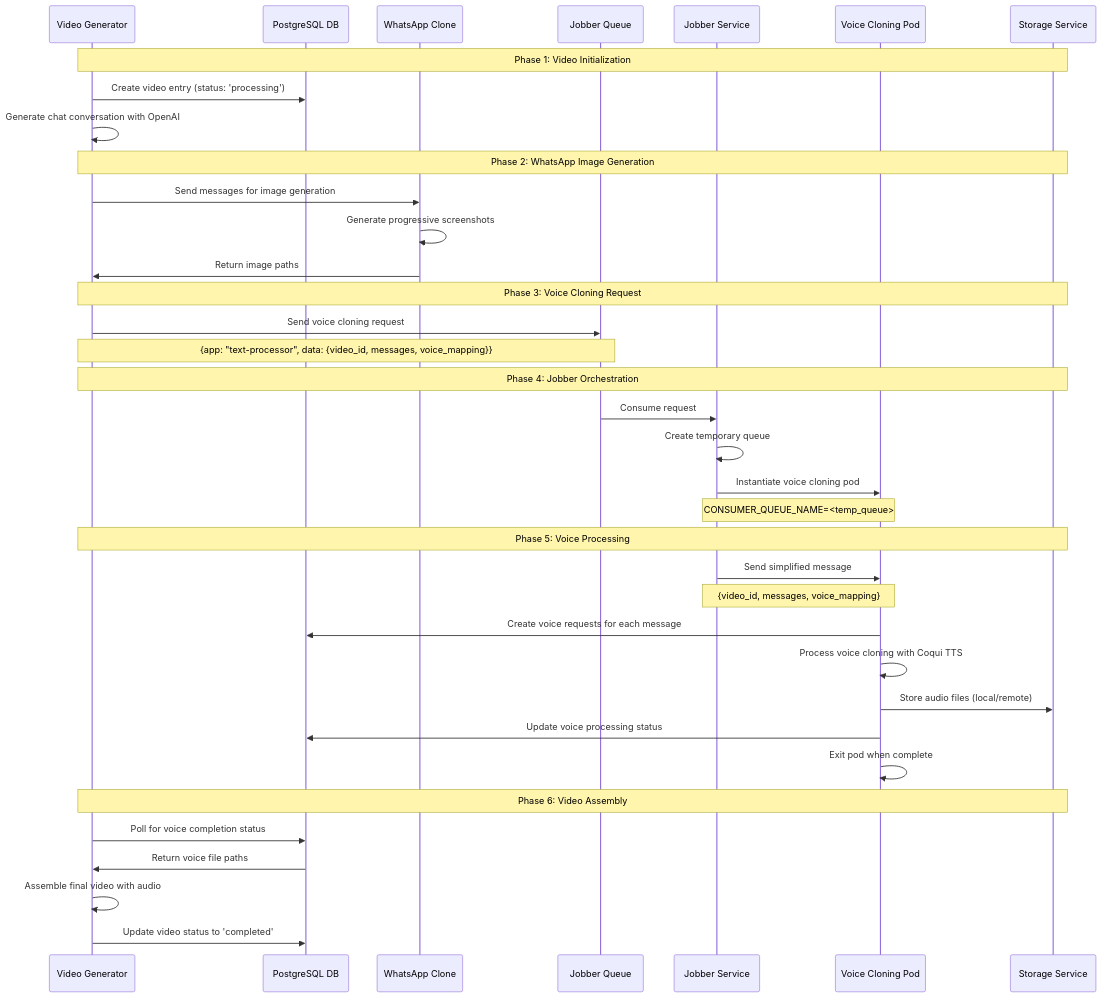
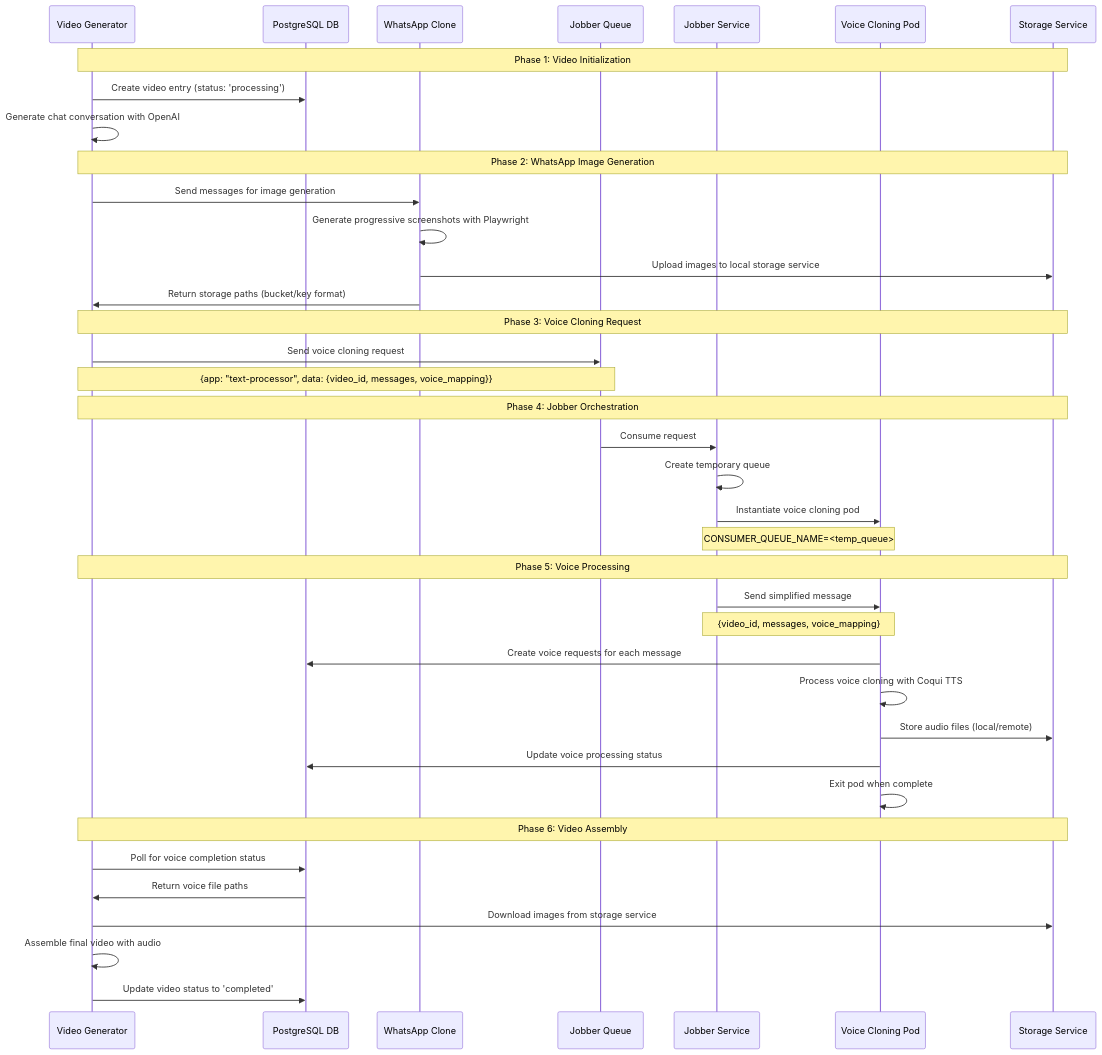
The third of 6 diagrams in README.md (ragnarcb/makeMoney), drawn with Mermaid before and after one commit. The commit also changed other lines of this file and 4 other files, not shown here.

First line of the commit message:
Enhance README documentation and integrate local storage service

````diff
--- a/README.md
+++ b/README.md
@@ -67,44 +167,46 @@
 ```mermaid
 sequenceDiagram
     participant VG as Video Generator
     participant DB as PostgreSQL DB
     participant WG as WhatsApp Clone
     participant JQ as Jobber Queue
     participant JB as Jobber Service
     participant VC as Voice Cloning Pod
     participant ST as Storage Service
 
     Note over VG,ST: Phase 1: Video Initialization
     VG->>DB: Create video entry (status: 'processing')
     VG->>VG: Generate chat conversation with OpenAI
     
     Note over VG,ST: Phase 2: WhatsApp Image Generation
     VG->>WG: Send messages for image generation
-    WG->>WG: Generate progressive screenshots
-    WG->>VG: Return image paths
+    WG->>WG: Generate progressive screenshots with Playwright
+    WG->>ST: Upload images to local storage service
+    WG->>VG: Return storage paths (bucket/key format)
     
     Note over VG,ST: Phase 3: Voice Cloning Request
     VG->>JQ: Send voice cloning request
     Note over VG,JQ: {app: "text-processor", data: {video_id, messages, voice_mapping}}
     
     Note over VG,ST: Phase 4: Jobber Orchestration
     JQ->>JB: Consume request
     JB->>JB: Create temporary queue
     JB->>VC: Instantiate voice cloning pod
     Note over JB,VC: CONSUMER_QUEUE_NAME=<temp_queue>
     
     Note over VG,ST: Phase 5: Voice Processing
     JB->>VC: Send simplified message
     Note over JB,VC: {video_id, messages, voice_mapping}
     VC->>DB: Create voice requests for each message
     VC->>VC: Process voice cloning with Coqui TTS
     VC->>ST: Store audio files (local/remote)
     VC->>DB: Update voice processing status
     VC->>VC: Exit pod when complete
     
     Note over VG,ST: Phase 6: Video Assembly
     VG->>DB: Poll for voice completion status
     DB->>VG: Return voice file paths
+    VG->>ST: Download images from storage service
     VG->>VG: Assemble final video with audio
     VG->>DB: Update video status to 'completed'
 ```
````
